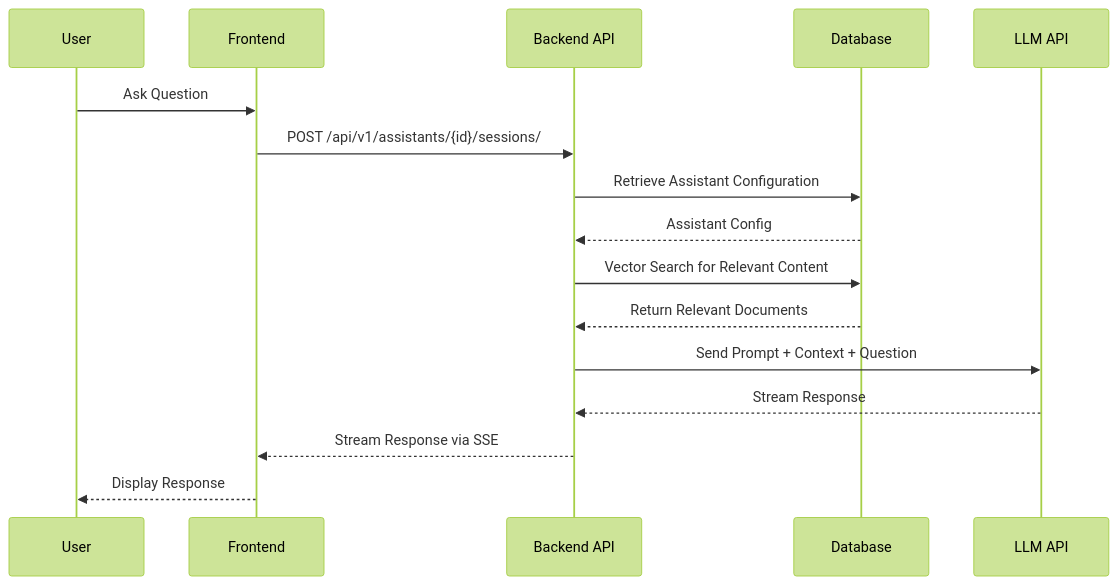
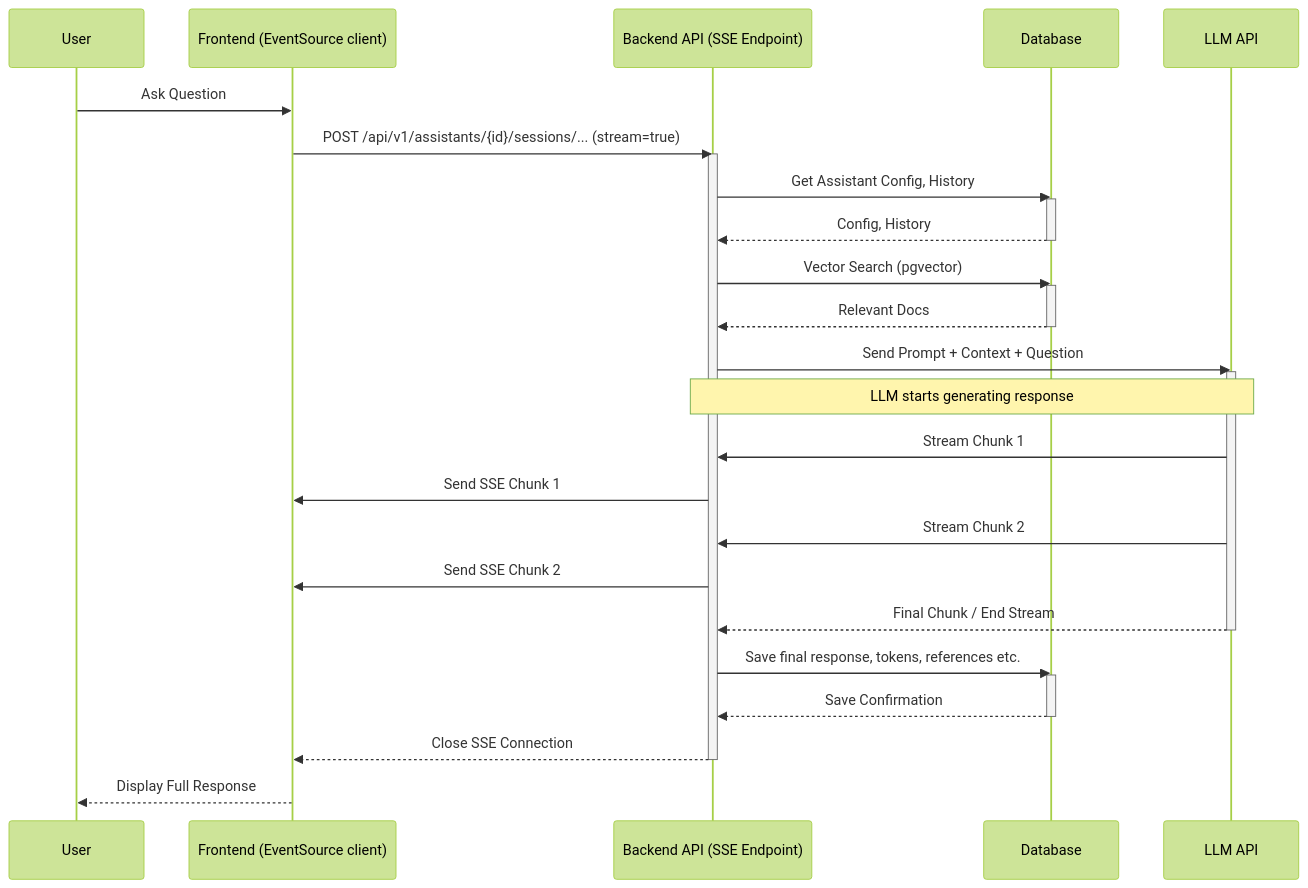
The third of 5 diagrams in docs/architecture.md (sundsvallai/intric), drawn with Mermaid (forest theme) before and after one commit. The commit also changed other lines of this file, not shown here.

````diff
--- a/docs/architecture.md
+++ b/docs/architecture.md
@@ -152,21 +160,38 @@
 ```mermaid
 sequenceDiagram
     participant User
-    participant Frontend as Frontend
-    participant Backend as Backend API
+    participant Frontend as Frontend (EventSource client)
+    participant Backend as Backend API (SSE Endpoint)
     participant DB as Database
     participant LLM as LLM API
-    
+
     User->>Frontend: Ask Question
-    Frontend->>Backend: POST /api/v1/assistants/{id}/sessions/
-    Backend->>DB: Retrieve Assistant Configuration
-    DB-->>Backend: Assistant Config
-    
-    Backend->>DB: Vector Search for Relevant Content
-    DB-->>Backend: Return Relevant Documents
-    
+    Frontend->>Backend: POST /api/v1/assistants/{id}/sessions/... (stream=true)
+    activate Backend
+    Backend->>DB: Get Assistant Config, History
+    activate DB
+    DB-->>Backend: Config, History
+    deactivate DB
+
+    Backend->>DB: Vector Search (pgvector)
+    activate DB
+    DB-->>Backend: Relevant Docs
+    deactivate DB
+
     Backend->>LLM: Send Prompt + Context + Question
-    LLM-->>Backend: Stream Response
-    Backend-->>Frontend: Stream Response via SSE
-    Frontend-->>User: Display Response
+    activate LLM
+    Note over LLM, Backend: LLM starts generating response
+    LLM->>Backend: Stream Chunk 1
+    Backend->>Frontend: Send SSE Chunk 1
+    LLM->>Backend: Stream Chunk 2
+    Backend->>Frontend: Send SSE Chunk 2
+    LLM-->>Backend: Final Chunk / End Stream
+    deactivate LLM
+    Backend->>DB: Save final response, tokens, references etc.
+    activate DB
+    DB-->>Backend: Save Confirmation
+    deactivate DB
+    Backend-->>Frontend: Close SSE Connection
+    deactivate Backend
+    Frontend-->>User: Display Full Response
 ```
````
